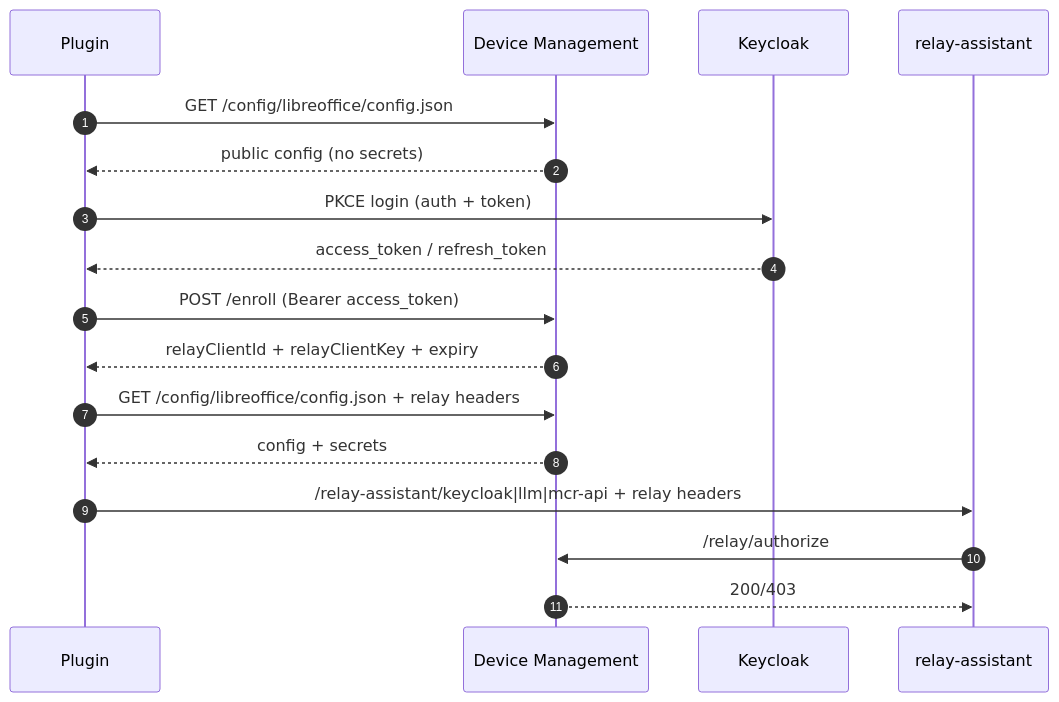
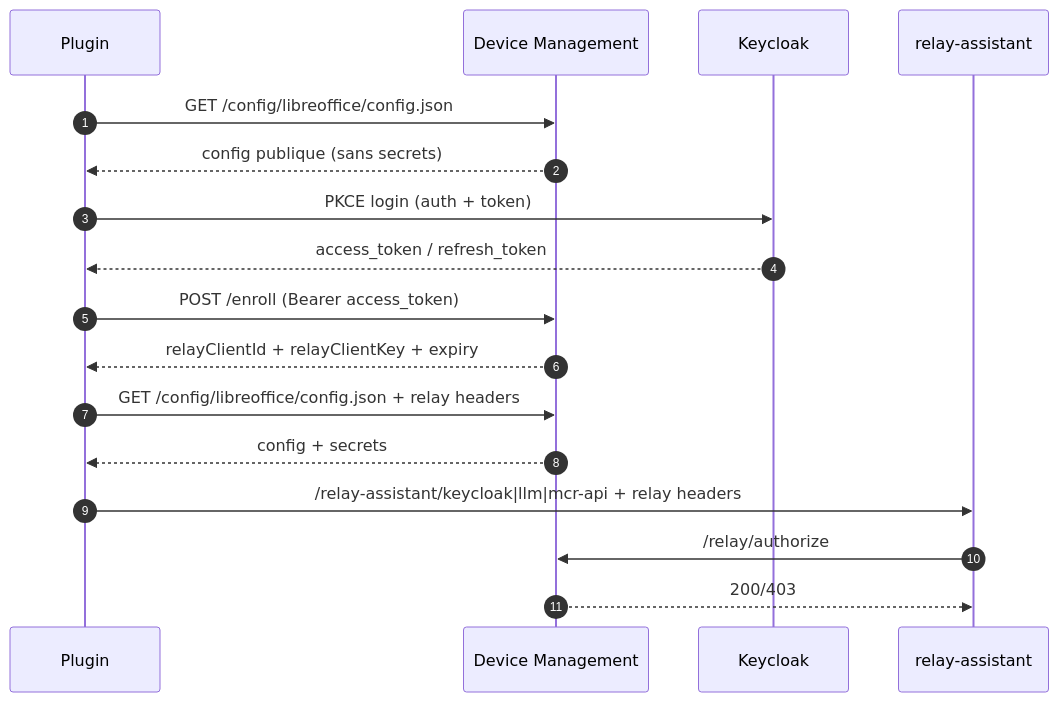
One commit to IA-Generative/AssistantMiraiLibreOffice changed the diagram in README.md. Above: the diagram before and after it, drawn with Mermaid. The commit also changed other lines of this file, not shown here.

````diff
--- a/README.md
+++ b/README.md
@@ -465,24 +294,24 @@
 ```mermaid
 sequenceDiagram
   autonumber
   participant P as Plugin
   participant DM as Device Management
   participant KC as Keycloak
   participant R as relay-assistant
 
   P->>DM: GET /config/libreoffice/config.json
-  DM-->>P: public config (no secrets)
+  DM-->>P: config publique (sans secrets)
 
   P->>KC: PKCE login (auth + token)
   KC-->>P: access_token / refresh_token
 
   P->>DM: POST /enroll (Bearer access_token)
   DM-->>P: relayClientId + relayClientKey + expiry
 
   P->>DM: GET /config/libreoffice/config.json + relay headers
   DM-->>P: config + secrets
 
   P->>R: /relay-assistant/keycloak|llm|mcr-api + relay headers
   R->>DM: /relay/authorize
   DM-->>R: 200/403
 ```
````
